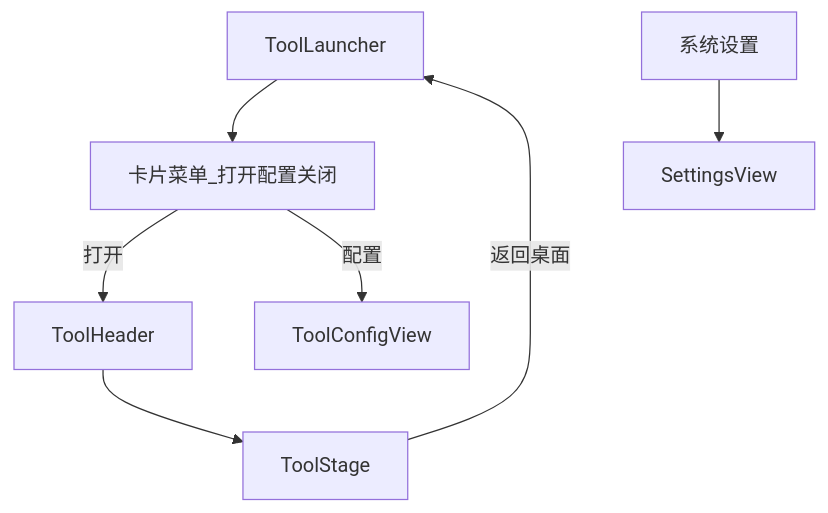
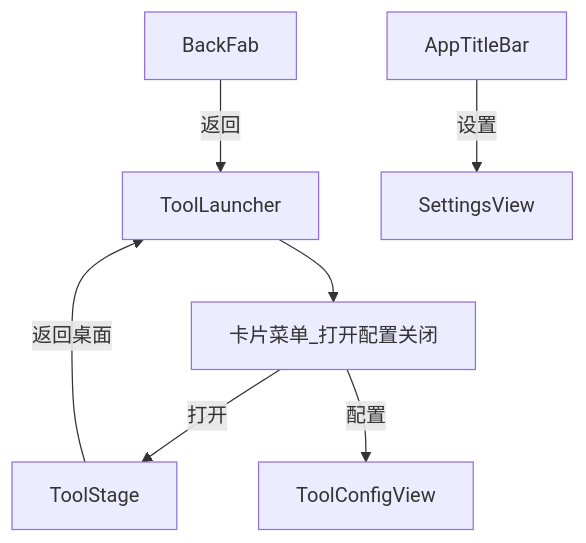
Before and after one commit to ForOnly/only-mini-tool: the second of 2 diagrams in doc/产品设计文档.md, drawn with Mermaid. The commit also changed other lines of this file and 21 other files, not shown here.

````diff
--- a/doc/产品设计文档.md
+++ b/doc/产品设计文档.md
@@ -93,16 +93,16 @@
 ```mermaid
 flowchart TB
+    TitleBar[AppTitleBar]
+    BackFab[BackFab]
     Launcher[ToolLauncher]
     Menu[卡片菜单_打开配置关闭]
-    Header[ToolHeader]
     Stage[ToolStage]
-    Gear[系统设置]
     Settings[SettingsView]
     Cfg[ToolConfigView]
+    TitleBar -->|设置| Settings
+    BackFab -->|返回| Launcher
     Launcher --> Menu
-    Menu -->|打开| Header
-    Header --> Stage
+    Menu -->|打开| Stage
     Menu -->|配置| Cfg
-    Gear --> Settings
     Stage -->|返回桌面| Launcher
 ```
````
